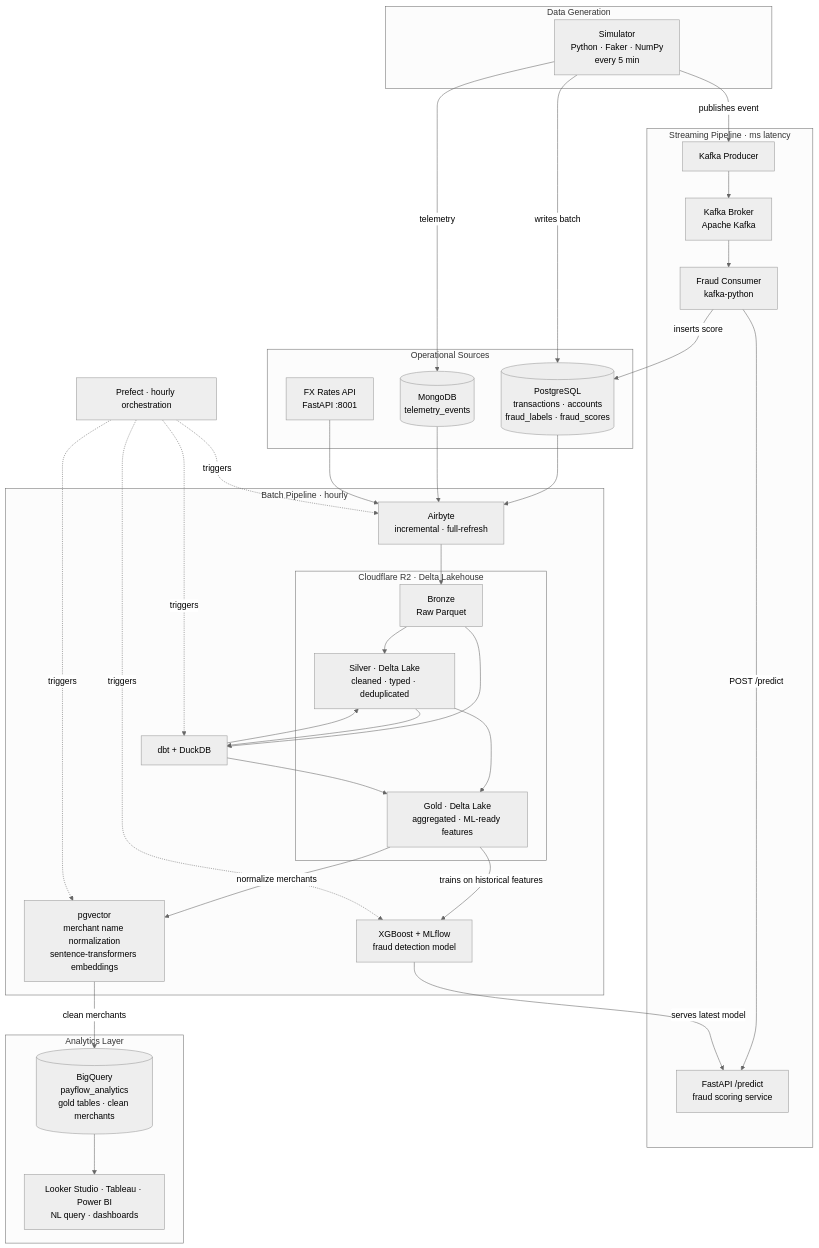
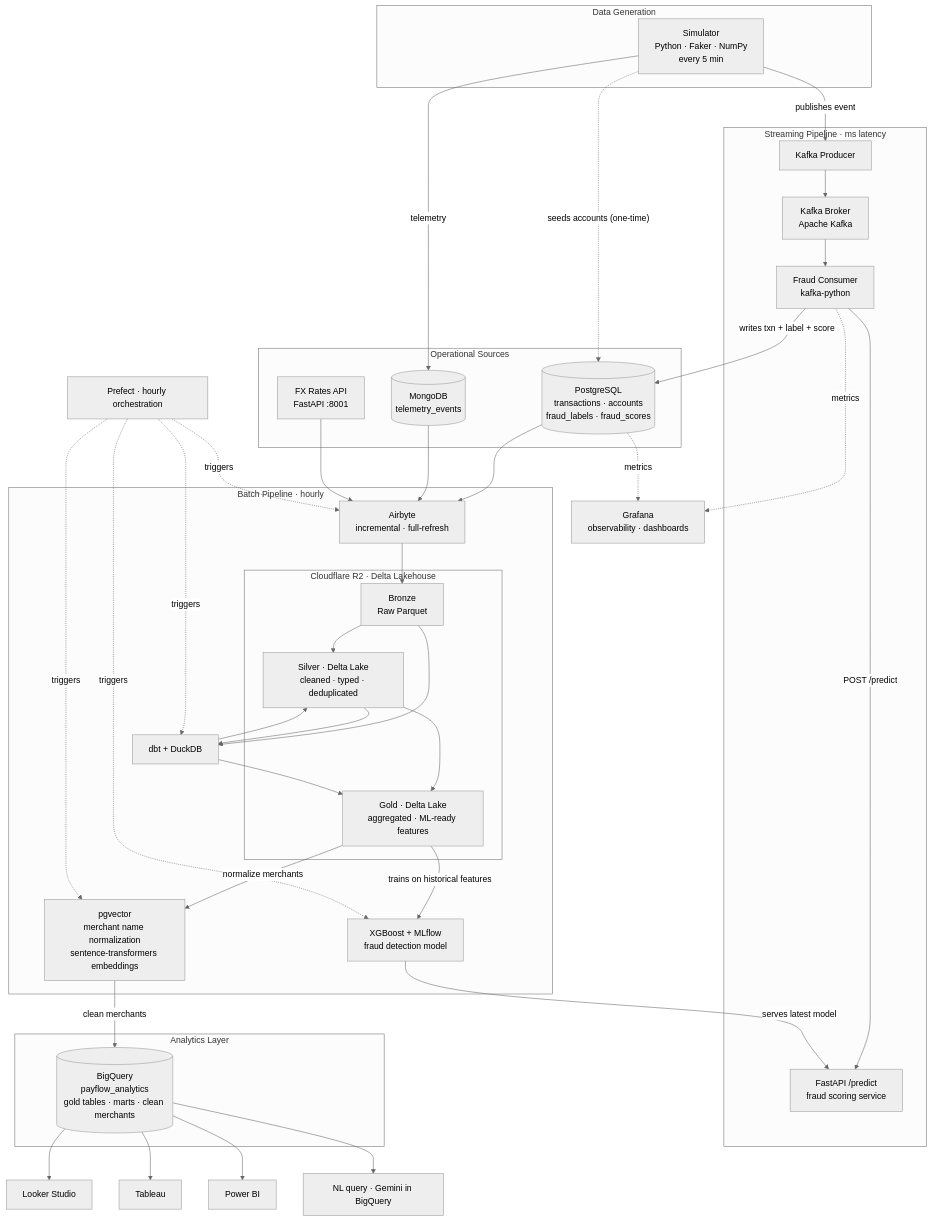
One commit to vifestudio/payflow-data-platform changed the diagram in README.md. Above: the diagram before and after it, drawn with Mermaid (neutral theme).

Commit message:
docs: single-path writes, BI consumers outside the warehouse, Grafana
- Route all Postgres writes through the streaming path (Kafka -> ML -> consumer),
  drop the simulator's direct batch write; telemetry still goes to MongoDB
- Pull Looker Studio, Tableau, Power BI and NL query out of the analytics box as
  separate BI consumers of BigQuery
- Add Grafana as the observability layer over the operational DB and consumer
- Note marts in the BigQuery layer

````diff
--- a/README.md
+++ b/README.md
@@ -9,53 +9,61 @@
 ```mermaid
 flowchart TD
     subgraph SIM["Data Generation"]
         S["Simulator\nPython · Faker · NumPy\nevery 5 min"]
     end
 
     subgraph STREAMING["Streaming Pipeline · ms latency"]
         KP["Kafka Producer"]
         KB["Kafka Broker\nApache Kafka"]
         KC["Fraud Consumer\nkafka-python"]
         API2["FastAPI /predict\nfraud scoring service"]
     end
 
     subgraph SOURCES["Operational Sources"]
         PG[(PostgreSQL\ntransactions · accounts\nfraud_labels · fraud_scores)]
         MG[(MongoDB\ntelemetry_events)]
         FX["FX Rates API\nFastAPI :8001"]
     end
 
     subgraph BATCH["Batch Pipeline · hourly"]
         AB["Airbyte\nincremental · full-refresh"]
         subgraph LAKE["Cloudflare R2 · Delta Lakehouse"]
             B["Bronze\nRaw Parquet"]
             SI["Silver · Delta Lake\ncleaned · typed · deduplicated"]
             G["Gold · Delta Lake\naggregated · ML-ready features"]
             B --> SI --> G
         end
         DBT["dbt + DuckDB"]
         VEC["pgvector\nmerchant name normalization\nsentence-transformers embeddings"]
         ML["XGBoost + MLflow\nfraud detection model"]
     end
 
     subgraph ANALYTICS["Analytics Layer"]
-        BQ[("BigQuery\npayflow_analytics\ngold tables · clean merchants")]
-        LS["Looker Studio · Tableau · Power BI\nNL query · dashboards"]
+        BQ[("BigQuery\npayflow_analytics\ngold tables · marts · clean merchants")]
     end
 
-    S -->|"writes batch"| PG
+    LS["Looker Studio"]
+    TB["Tableau"]
+    PB["Power BI"]
+    NLQ["NL query · Gemini in BigQuery"]
+    GRAF["Grafana\nobservability · dashboards"]
+
+    S -->|"publishes event"| KP --> KB --> KC
     S -->|"telemetry"| MG
-    S -->|"publishes event"| KP --> KB --> KC
+    S -.->|"seeds accounts (one-time)"| PG
     KC -->|"POST /predict"| API2
-    KC -->|"inserts score"| PG
+    KC -->|"writes txn + label + score"| PG
 
     PG & MG & FX --> AB --> B
     B --> DBT --> SI --> DBT --> G
 
     G -->|"trains on historical features"| ML
     ML -->|"serves latest model"| API2
 
-    G -->|"normalize merchants"| VEC -->|"clean merchants"| BQ --> LS
+    G -->|"normalize merchants"| VEC -->|"clean merchants"| BQ
+    BQ --> LS & TB & PB & NLQ
+
+    PG & KC -.->|"metrics"| GRAF
 
     PREF["Prefect · hourly orchestration"] -. "triggers" .-> AB & DBT & ML & VEC
 ```
````
